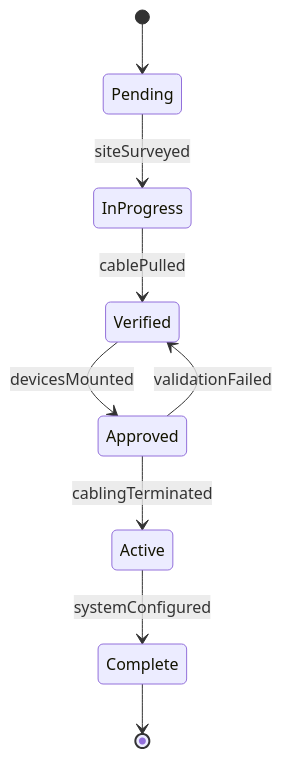
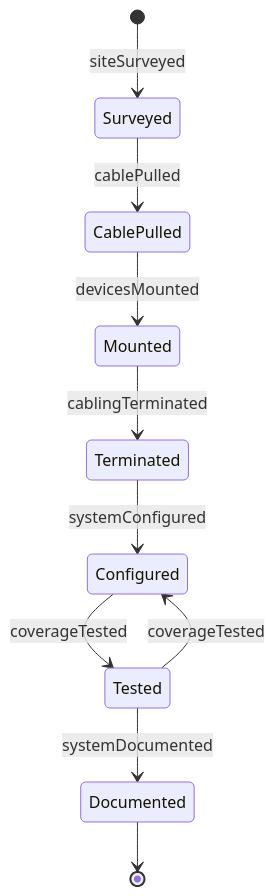
The second of 4 diagrams in HandlingAndMovingObjects/InstallCommercialOrProductionEquipment/InstallAudioCommunicationsEquipment.mdx (dot-org-ai/tasks.org.ai), drawn with Mermaid before and after one commit. The commit also changed other lines of this file and 515 other files, not shown here.

````diff
--- a/HandlingAndMovingObjects/InstallCommercialOrProductionEquipment/InstallAudioCommunicationsEquipment.mdx
+++ b/HandlingAndMovingObjects/InstallCommercialOrProductionEquipment/InstallAudioCommunicationsEquipment.mdx
@@ -100,11 +101,12 @@
 ```mermaid
 stateDiagram-v2
-    [*] --> Pending
-    Pending --> InProgress : siteSurveyed
-    InProgress --> Verified : cablePulled
-    Verified --> Approved : devicesMounted
-    Approved --> Active : cablingTerminated
-    Active --> Complete : systemConfigured
-    Approved --> Verified : validationFailed
-    Complete --> [*]
+    [*] --> Surveyed : siteSurveyed
+    Surveyed --> CablePulled : cablePulled
+    CablePulled --> Mounted : devicesMounted
+    Mounted --> Terminated : cablingTerminated
+    Terminated --> Configured : systemConfigured
+    Configured --> Tested : coverageTested
+    Tested --> Configured : coverageTested
+    Tested --> Documented : systemDocumented
+    Documented --> [*]
 ```
````
